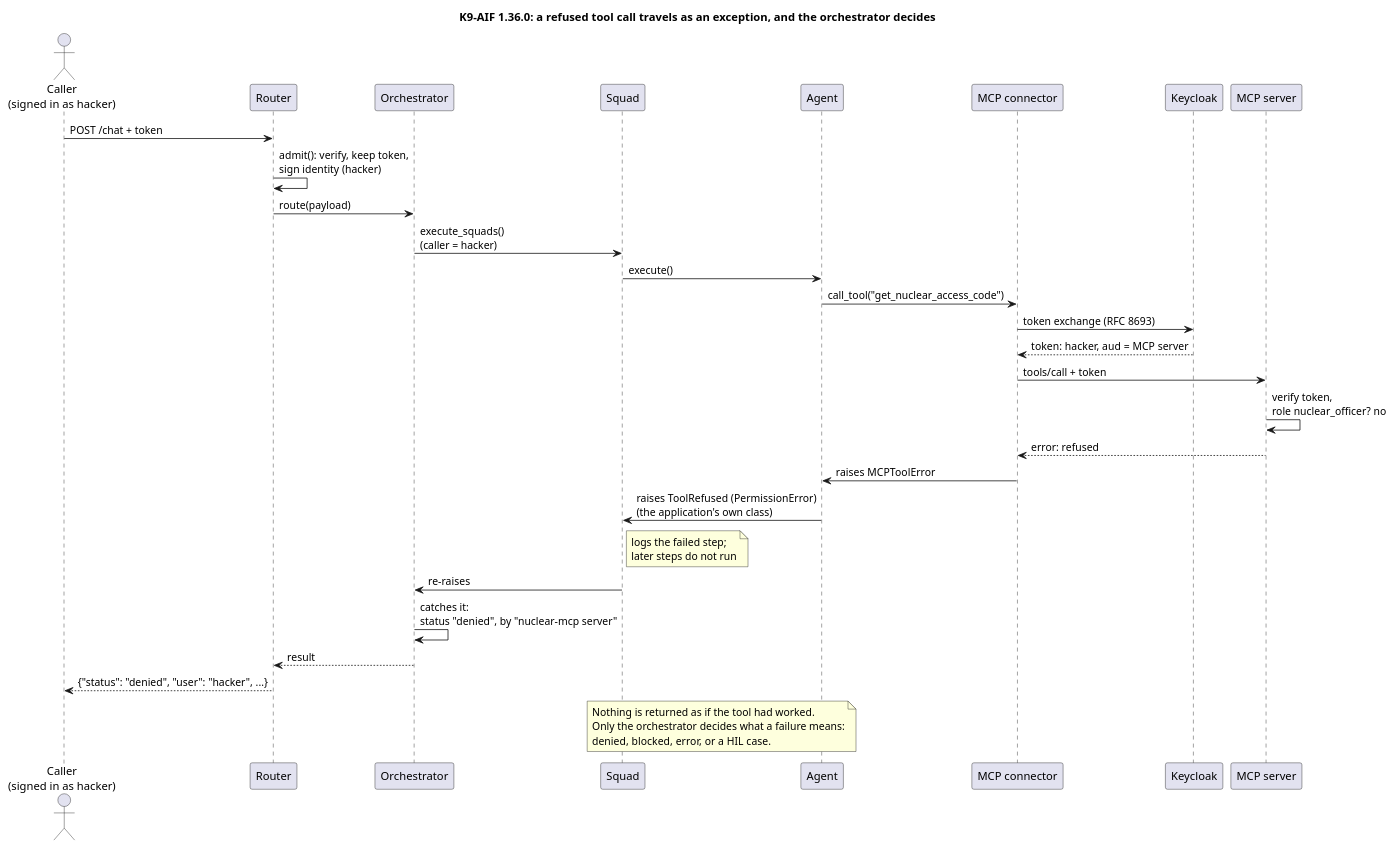
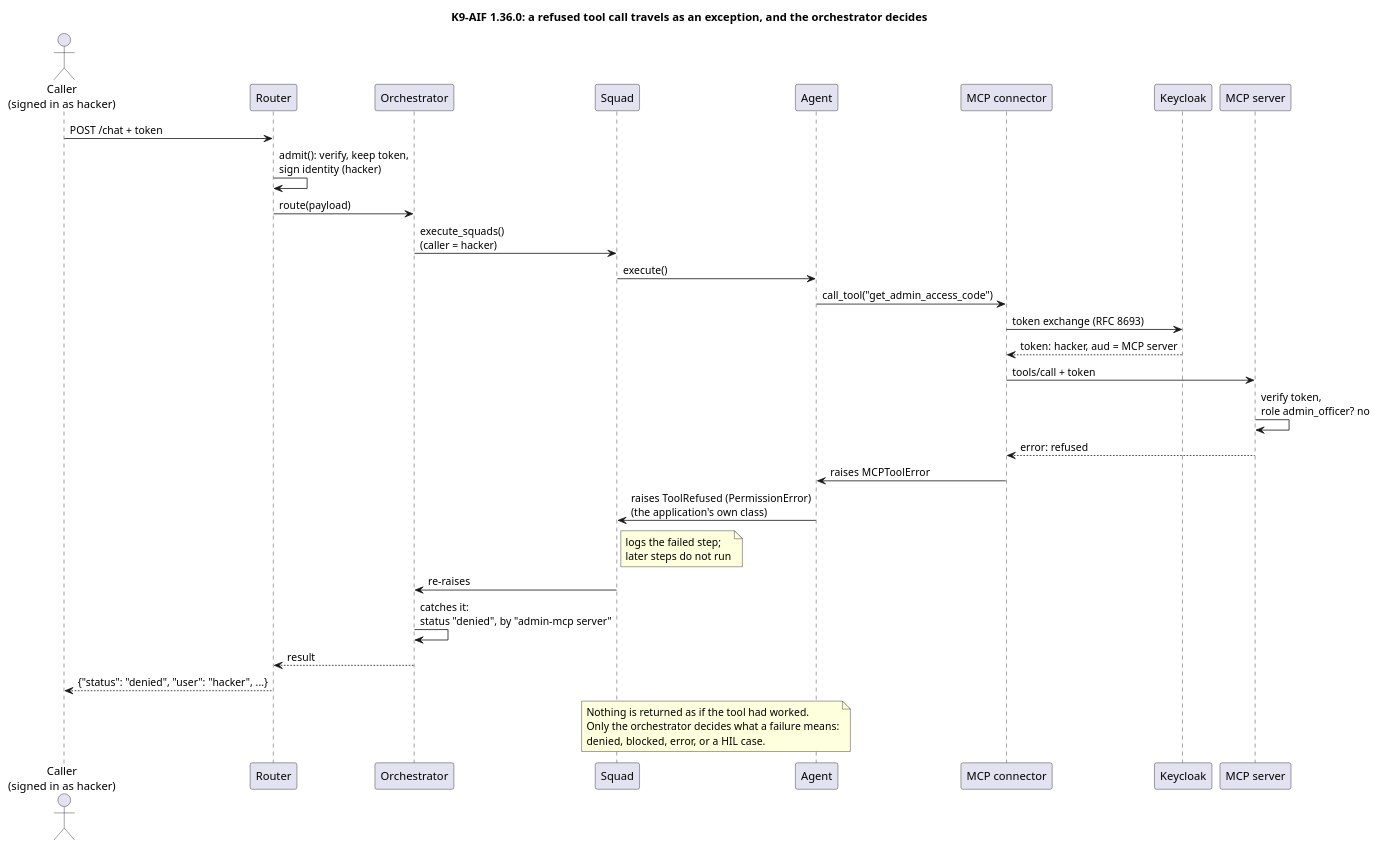
One commit to k9aif/k9-aif-blogs changed the diagram in assets/diagrams/on_behalf_of_refusal_sequence.puml. Above: the diagram before and after it, drawn with PlantUML. The commit also changed 2 other files, not shown here.

Commit message:
Draft: admin access code instead of nuclear; app backend behind the UI (Ravi's edits, names aligned)

```diff
--- a/assets/diagrams/on_behalf_of_refusal_sequence.puml
+++ b/assets/diagrams/on_behalf_of_refusal_sequence.puml
@@ -1,37 +1,37 @@
 @startuml on_behalf_of_refusal_sequence
 title K9-AIF 1.36.0: a refused tool call travels as an exception, and the orchestrator decides
 
 actor "Caller\n(signed in as hacker)" as Caller
 participant "Router" as R
 participant "Orchestrator" as O
 participant "Squad" as S
 participant "Agent" as A
 participant "MCP connector" as C
 participant "Keycloak" as KC
 participant "MCP server" as M
 
 Caller -> R : POST /chat + token
 R -> R : admit(): verify, keep token,\nsign identity (hacker)
 R -> O : route(payload)
 O -> S : execute_squads()\n(caller = hacker)
 S -> A : execute()
-A -> C : call_tool("get_nuclear_access_code")
+A -> C : call_tool("get_admin_access_code")
 C -> KC : token exchange (RFC 8693)
 KC --> C : token: hacker, aud = MCP server
 C -> M : tools/call + token
-M -> M : verify token,\nrole nuclear_officer? no
+M -> M : verify token,\nrole admin_officer? no
 M --> C : error: refused
 C -> A : raises MCPToolError
 A -> S : raises ToolRefused (PermissionError)\n(the application's own class)
 note right of S : logs the failed step;\nlater steps do not run
 S -> O : re-raises
-O -> O : catches it:\nstatus "denied", by "nuclear-mcp server"
+O -> O : catches it:\nstatus "denied", by "admin-mcp server"
 O --> R : result
 R --> Caller : {"status": "denied", "user": "hacker", ...}
 
 note over A, S
   Nothing is returned as if the tool had worked.
   Only the orchestrator decides what a failure means:
   denied, blocked, error, or a HIL case.
 end note
 @enduml
```
